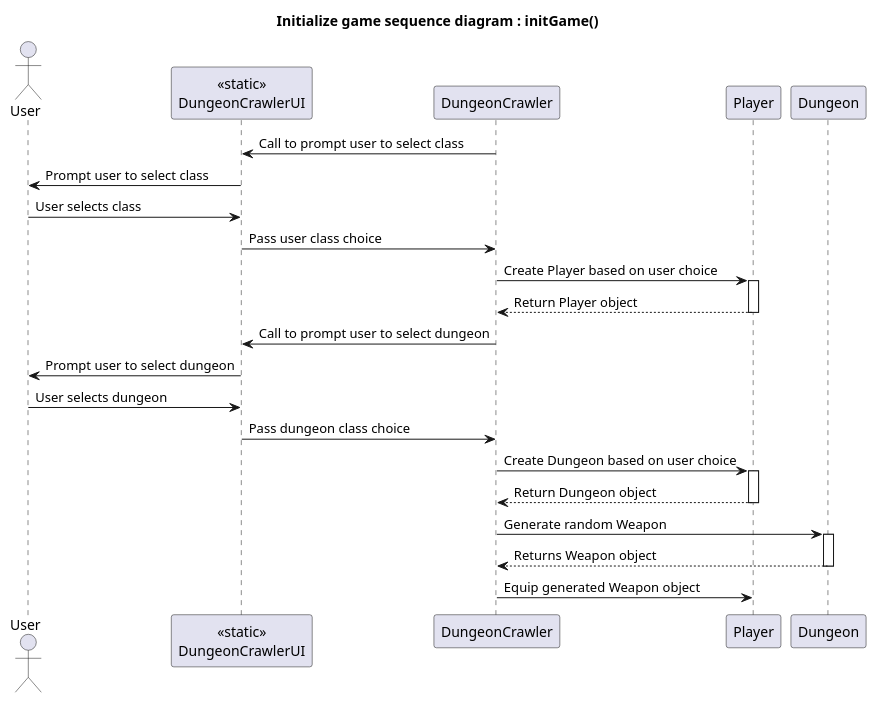
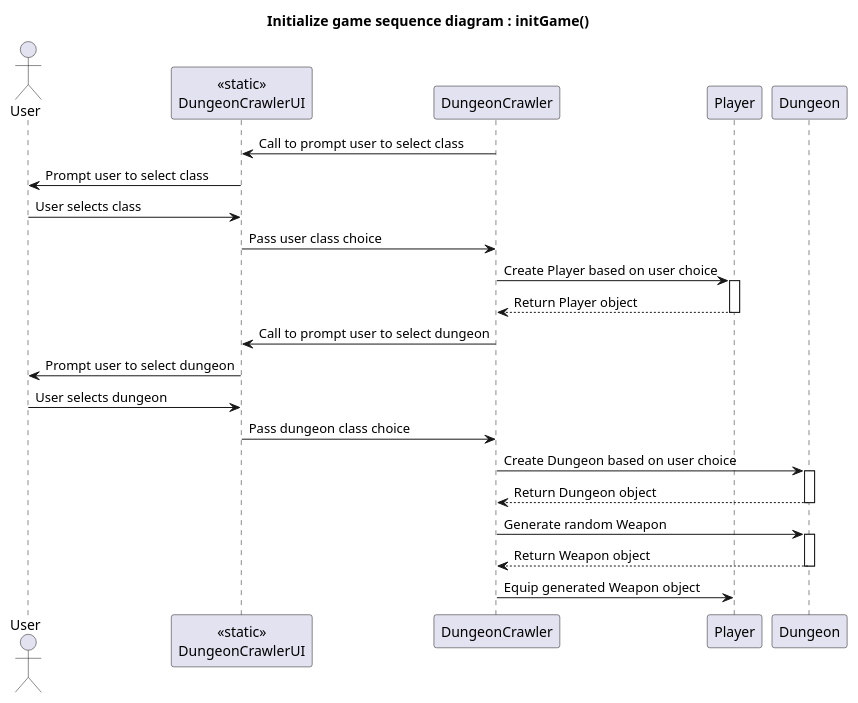
One commit to alexjons987/DungeonCrawler changed the diagram in UML/initializegame.puml. Above: the diagram before and after it, drawn with PlantUML. The commit also changed 2 other files, not shown here.

Commit message:
Add how to play to README, Update sequence diagram

```diff
--- a/UML/initializegame.puml
+++ b/UML/initializegame.puml
@@ -1,34 +1,34 @@
 @startuml
 title Initialize game sequence diagram : initGame()
 
 actor User as U
 participant "<<static>>\nDungeonCrawlerUI" as UI
 participant "DungeonCrawler" as DC
 participant Player
 participant Dungeon
 
 DC -> UI : Call to prompt user to select class
 UI -> U : Prompt user to select class
 U -> UI : User selects class
 UI -> DC : Pass user class choice
 DC -> Player : Create Player based on user choice
 activate Player
 DC <-- Player : Return Player object
 deactivate Player
 
-
 DC -> UI : Call to prompt user to select dungeon
 UI -> U : Prompt user to select dungeon
 U -> UI : User selects dungeon
 UI -> DC : Pass dungeon class choice
-DC -> Player : Create Dungeon based on user choice
-activate Player
-DC <-- Player : Return Dungeon object
-deactivate Player
+DC -> Dungeon : Create Dungeon based on user choice
+activate Dungeon
+DC <-- Dungeon : Return Dungeon object
+deactivate Dungeon
 
 DC -> Dungeon : Generate random Weapon
 activate Dungeon
-DC <-- Dungeon : Returns Weapon object
+DC <-- Dungeon : Return Weapon object
 deactivate Dungeon
+
 DC -> Player : Equip generated Weapon object
 @enduml
```
